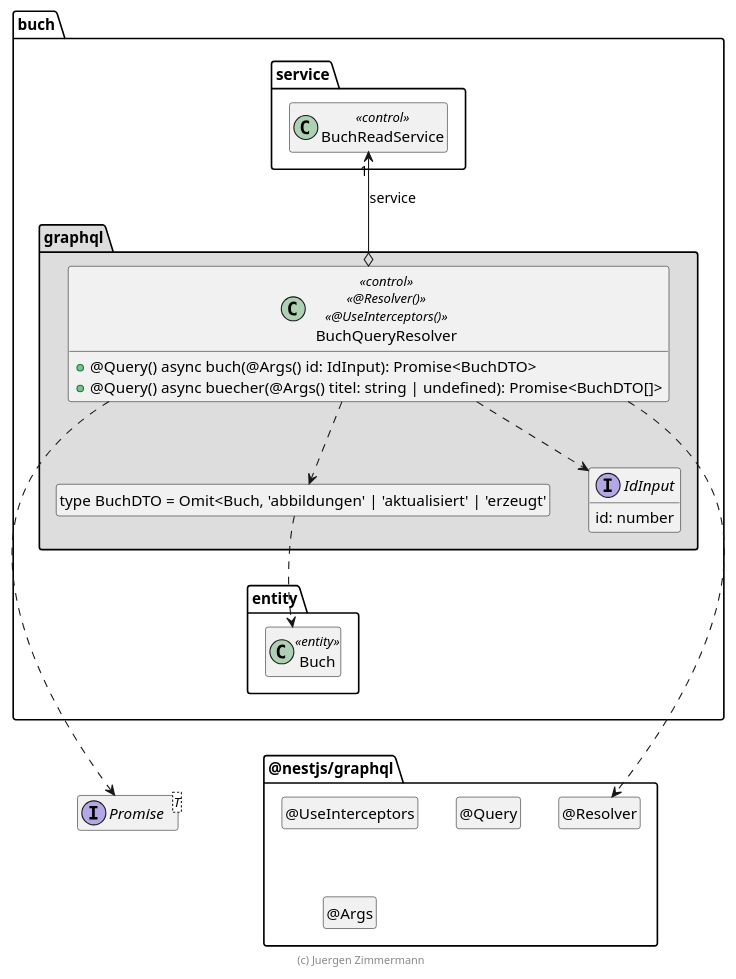
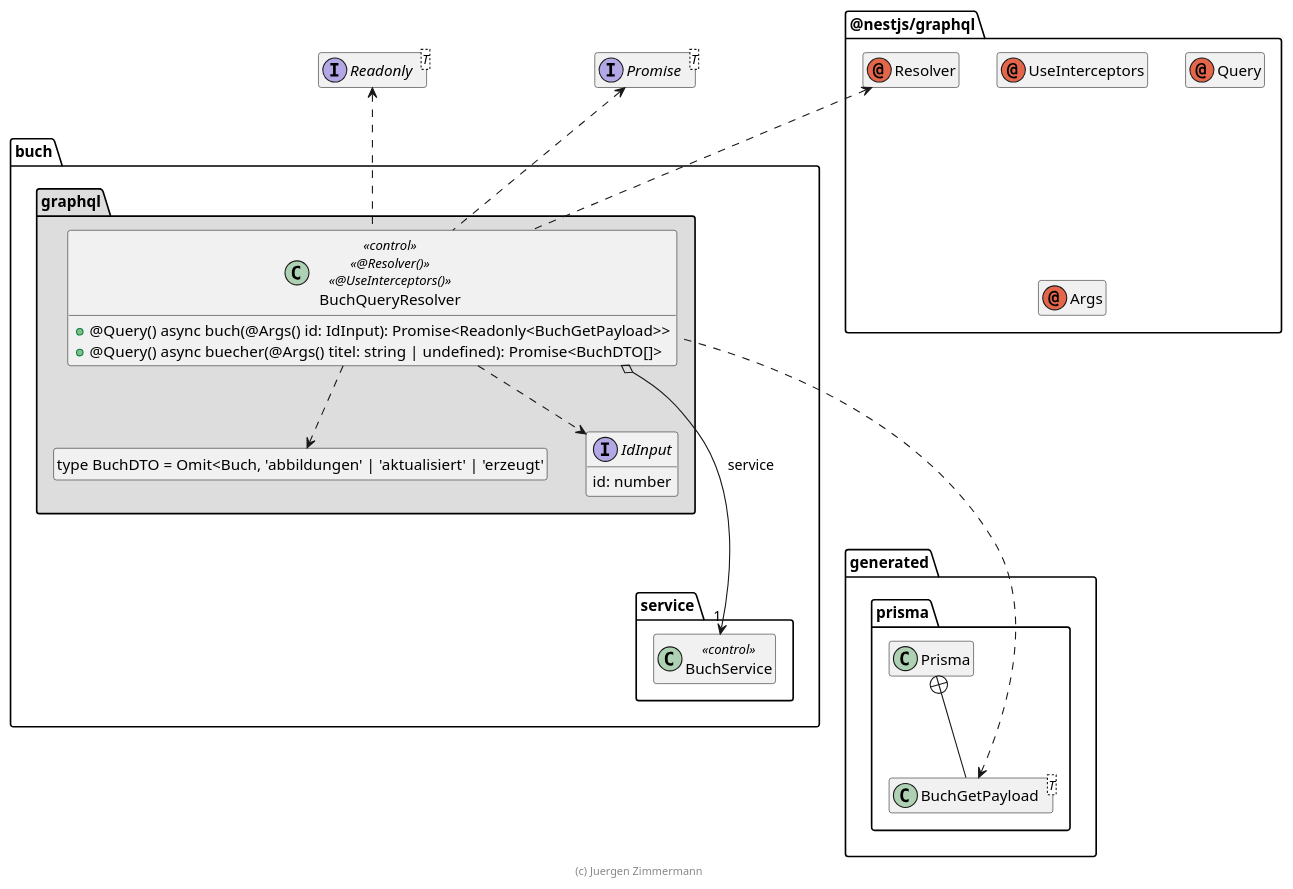
One commit to juergenzimmermann/buch changed the diagram in .extras/doc/projekthandbuch/BuchQueryResolver.plantuml. Above: the diagram before and after it, drawn with PlantUML. The commit also changed 18 other files, not shown here.

Commit message:
PlantUML mit Prisma; Prettier

```diff
--- a/.extras/doc/projekthandbuch/BuchQueryResolver.plantuml
+++ b/.extras/doc/projekthandbuch/BuchQueryResolver.plantuml
@@ -18,63 +18,59 @@
 @startuml Controller-Klasse
 
 interface Promise<T>
+interface Readonly<T>
 
 package @nestjs/graphql {
-  class "@Resolver" as Resolver
-  hide Resolver circle
-
-  class "@UseInterceptors" as UseInterceptors
-  hide UseInterceptors circle
-
-  class "@Query" as Query
-  hide Query circle
-
-  class "@Args" as Args
-  hide Args circle
+  annotation Resolver
+  annotation UseInterceptors
+  annotation Query
+  annotation Args
 
   Resolver .left[hidden].> Promise
 }
 
+package generated.prisma {
+  class Prisma
+  class BuchGetPayload<T>
+  Prisma +-- BuchGetPayload
+}
+
 package buch {
-  package entity {
-    class Buch <<entity>>
-  }
-
   package service {
-    class BuchReadService << control >>
+    class BuchService << control >>
   }
 
   package graphql #DDDDDD {
     class "type BuchDTO = Omit<Buch, 'abbildungen' | 'aktualisiert' | 'erzeugt'" as BuchDTO
     hide BuchDTO circle
 
     interface IdInput {
         id: number
     }
 
     class BuchQueryResolver << control >> << @Resolver() >> << @UseInterceptors() >> {
-      + @Query() async buch(@Args() id: IdInput): Promise<BuchDTO>
+      + @Query() async buch(@Args() id: IdInput): Promise<Readonly<BuchGetPayload>>
       + @Query() async buecher(@Args() titel: string | undefined): Promise<BuchDTO[]>
     }
 
-    BuchQueryResolver o-up-> "1" BuchReadService : service
+    BuchQueryResolver o-down-> "1" BuchService : service
     BuchQueryResolver ..> BuchDTO
     BuchQueryResolver ..> IdInput
-    BuchDTO ..> Buch
-    BuchQueryResolver ..> Resolver
+    BuchQueryResolver .up.> Resolver
 
-    BuchQueryResolver ..> Promise
+    BuchQueryResolver .up.> Promise
+    BuchQueryResolver .up.> Readonly
 
-    BuchDTO .[hidden].> Buch
-    Buch .[hidden].> Promise
-    BuchReadService .[hidden].> Promise
-    Buch .[hidden].> Resolver
-    BuchReadService .[hidden].> Resolver
+    BuchQueryResolver .up.> BuchGetPayload
+
+    IdInput .[hidden]down.> BuchService
+    BuchService .[hidden]down.> Prisma
+    BuchService .[hidden]down.> BuchGetPayload
   }
 }
 
 hide empty members
 
 footer (c) Juergen Zimmermann
 
 @enduml
```
